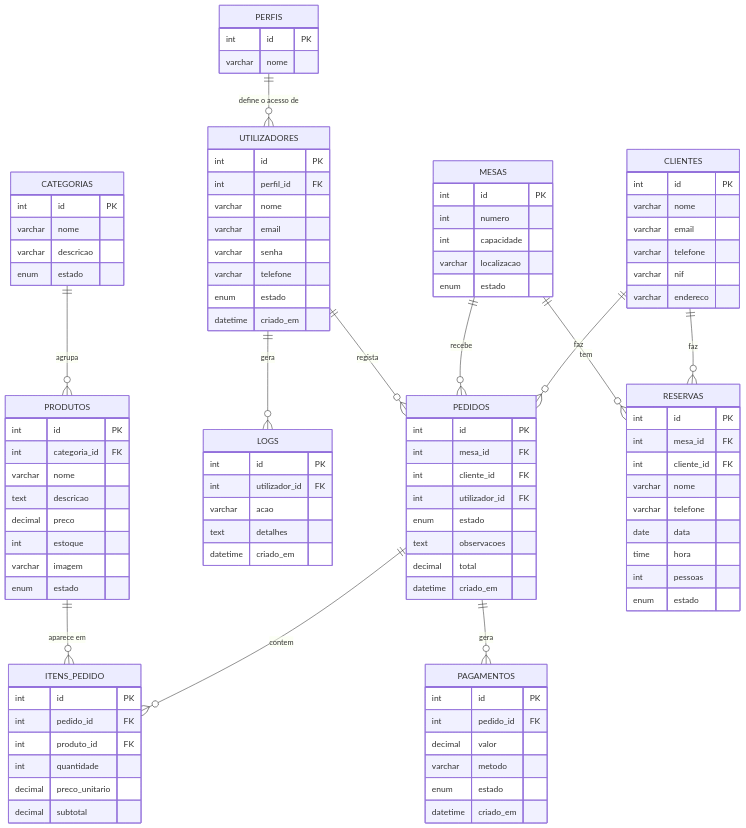
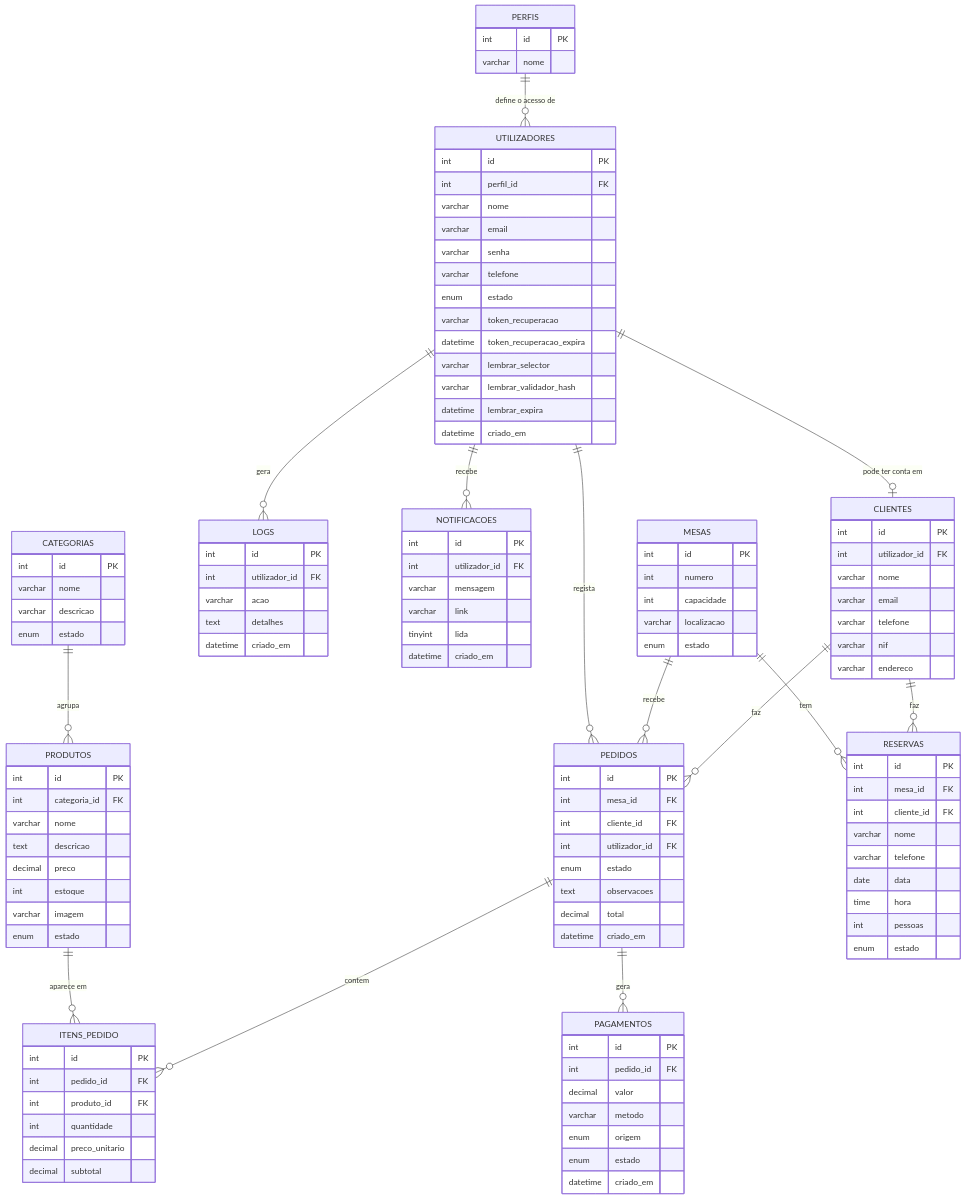
Before and after one commit to josefernandes452/Sistema-De-Gestao-De-Restaurante: the diagram in database/diagrama-er.md, drawn with Mermaid. The commit also changed other lines of this file, not shown here.

Commit message:
Atualiza o diagrama ER com a tabela notificacoes e colunas novas
O diagrama-er.md ainda mostrava so 11 tabelas (faltava a notificacoes)
e nao tinha colunas que foram adicionadas depois, como
clientes.utilizador_id, os campos de "lembrar-me" em utilizadores, e
pagamentos.origem. Atualizado para bater certo com o schema.sql atual
(12 tabelas), a tempo do documento tecnico da entrega.

Jose Fernandes

````diff
--- a/database/diagrama-er.md
+++ b/database/diagrama-er.md
@@ -7,8 +7,10 @@
 ```mermaid
 erDiagram
     PERFIS ||--o{ UTILIZADORES : "define o acesso de"
+    UTILIZADORES ||--o| CLIENTES : "pode ter conta em"
     UTILIZADORES ||--o{ PEDIDOS : regista
     UTILIZADORES ||--o{ LOGS : gera
+    UTILIZADORES ||--o{ NOTIFICACOES : recebe
     CATEGORIAS ||--o{ PRODUTOS : agrupa
     PRODUTOS ||--o{ ITENS_PEDIDO : "aparece em"
     MESAS ||--o{ PEDIDOS : recebe
@@ -30,6 +32,11 @@
         varchar senha
         varchar telefone
         enum estado
+        varchar token_recuperacao
+        datetime token_recuperacao_expira
+        varchar lembrar_selector
+        varchar lembrar_validador_hash
+        datetime lembrar_expira
         datetime criado_em
     }
     CATEGORIAS {
@@ -57,6 +64,7 @@
     }
     CLIENTES {
         int id PK
+        int utilizador_id FK
         varchar nome
         varchar email
         varchar telefone
@@ -86,6 +94,7 @@
         int pedido_id FK
         decimal valor
         varchar metodo
+        enum origem
         enum estado
         datetime criado_em
     }
@@ -107,4 +116,12 @@
         int pessoas
         enum estado
     }
+    NOTIFICACOES {
+        int id PK
+        int utilizador_id FK
+        varchar mensagem
+        varchar link
+        tinyint lida
+        datetime criado_em
+    }
 ```
````
